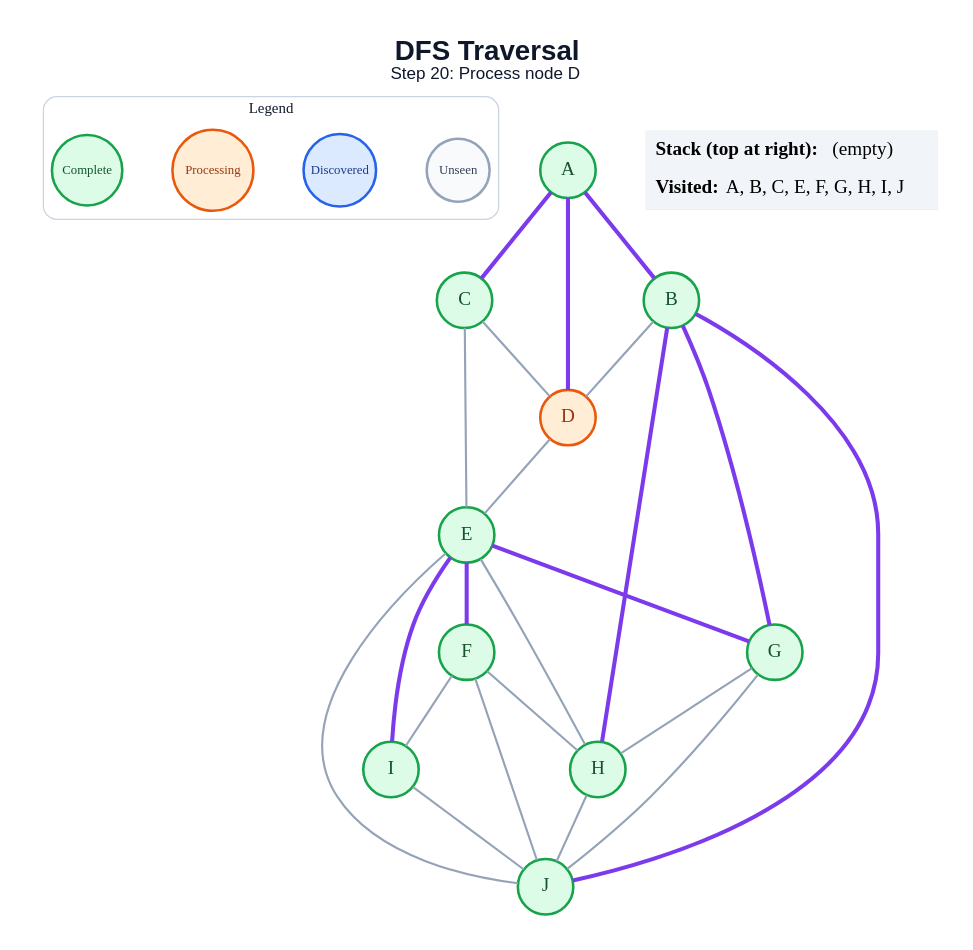
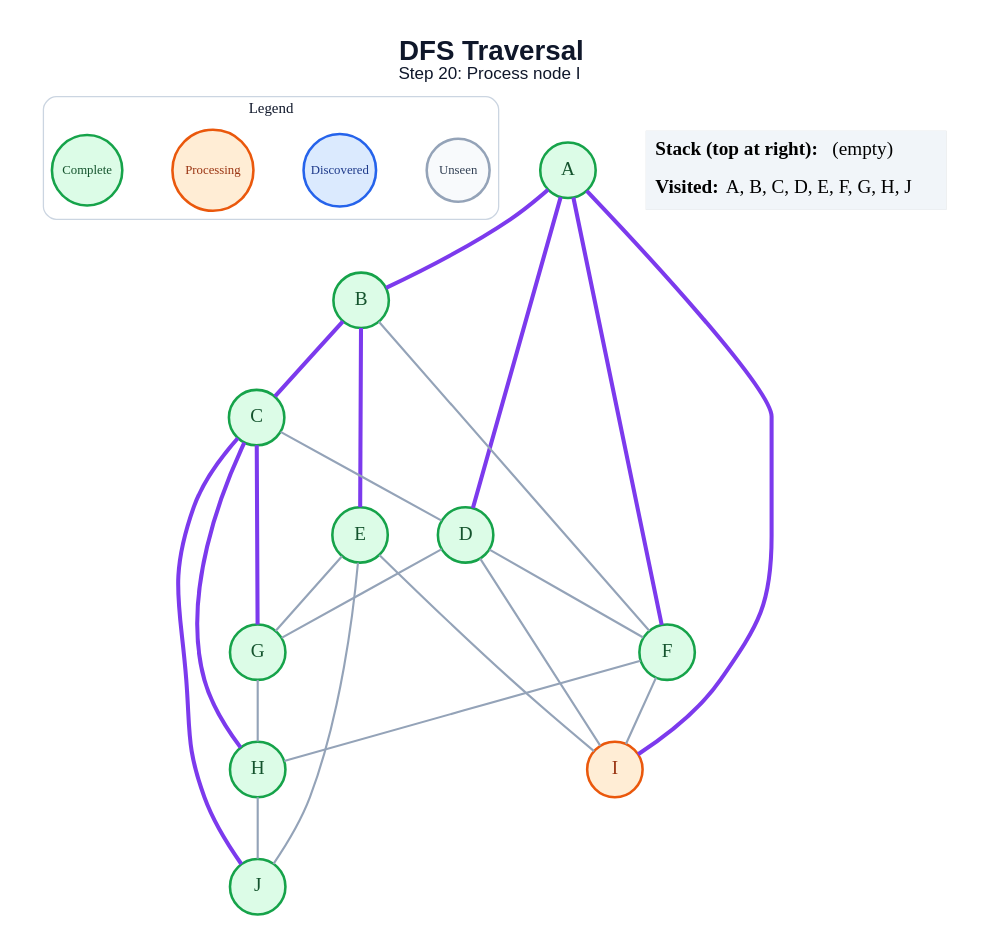
The diagram in generated/dfs/step_20.dot (amanghodawala9/ai-slop), drawn with Graphviz before and after one commit. The commit also changed 178 other files, not shown here.

```diff
--- a/generated/dfs/step_20.dot
+++ b/generated/dfs/step_20.dot
@@ -1,51 +1,50 @@
 graph traversal {
   graph [layout=dot, rankdir=TB, bgcolor="#FFFFFF", pad="0.35", nodesep="0.65", ranksep="0.8", fontname="Arial"];
   node [shape=circle, style="filled", fontname="Arial Bold", fontsize=18, width=0.72, fixedsize=true, penwidth=2.4];
   edge [color="#94A3B8", penwidth=2.0];
-  label=<<B>DFS Traversal</B><BR/><FONT POINT-SIZE="16">Step 20: Process node D</FONT>>; labelloc="t"; fontsize=26; fontname="Arial"; fontcolor="#0F172A";
+  label=<<B>DFS Traversal</B><BR/><FONT POINT-SIZE="16">Step 20: Process node I</FONT>>; labelloc="t"; fontsize=26; fontname="Arial"; fontcolor="#0F172A";
   subgraph cluster_legend { label="Legend"; color="#CBD5E1"; penwidth=1.2; style="rounded"; fontsize=14; fontname="Arial Bold";
     key_unseen [label="Unseen", fillcolor="#F8FAFC", color="#94A3B8", fontcolor="#334155", fontsize=12, width=0.82];
     key_frontier [label="Discovered", fillcolor="#DBEAFE", color="#2563EB", fontcolor="#1E3A8A", fontsize=12, width=0.95];
     key_current [label="Processing", fillcolor="#FFEDD5", color="#EA580C", fontcolor="#9A3412", fontsize=12, width=1.05];
     key_done [label="Complete", fillcolor="#DCFCE7", color="#16A34A", fontcolor="#14532D", fontsize=12, width=0.92];
     { rank=same; key_unseen; key_frontier; key_current; key_done; }
   }
   A [fillcolor="#DCFCE7", color="#16A34A", fontcolor="#14532D"];
   B [fillcolor="#DCFCE7", color="#16A34A", fontcolor="#14532D"];
   C [fillcolor="#DCFCE7", color="#16A34A", fontcolor="#14532D"];
-  D [fillcolor="#FFEDD5", color="#EA580C", fontcolor="#9A3412"];
+  D [fillcolor="#DCFCE7", color="#16A34A", fontcolor="#14532D"];
   E [fillcolor="#DCFCE7", color="#16A34A", fontcolor="#14532D"];
   F [fillcolor="#DCFCE7", color="#16A34A", fontcolor="#14532D"];
   G [fillcolor="#DCFCE7", color="#16A34A", fontcolor="#14532D"];
   H [fillcolor="#DCFCE7", color="#16A34A", fontcolor="#14532D"];
-  I [fillcolor="#DCFCE7", color="#16A34A", fontcolor="#14532D"];
+  I [fillcolor="#FFEDD5", color="#EA580C", fontcolor="#9A3412"];
   J [fillcolor="#DCFCE7", color="#16A34A", fontcolor="#14532D"];
   A -- B [color="#7C3AED", penwidth=3.8];
-  A -- C [color="#7C3AED", penwidth=3.8];
   A -- D [color="#7C3AED", penwidth=3.8];
-  B -- D;
-  B -- G [color="#7C3AED", penwidth=3.8];
-  B -- H [color="#7C3AED", penwidth=3.8];
-  B -- J [color="#7C3AED", penwidth=3.8];
+  A -- F [color="#7C3AED", penwidth=3.8];
+  A -- I [color="#7C3AED", penwidth=3.8];
+  B -- C [color="#7C3AED", penwidth=3.8];
+  B -- E [color="#7C3AED", penwidth=3.8];
+  B -- F;
   C -- D;
-  C -- E;
-  D -- E;
-  E -- F [color="#7C3AED", penwidth=3.8];
-  E -- G [color="#7C3AED", penwidth=3.8];
-  E -- H;
-  E -- I [color="#7C3AED", penwidth=3.8];
+  C -- G [color="#7C3AED", penwidth=3.8];
+  C -- H [color="#7C3AED", penwidth=3.8];
+  C -- J [color="#7C3AED", penwidth=3.8];
+  D -- F;
+  D -- G;
+  D -- I;
+  E -- G;
+  E -- I;
   E -- J;
   F -- H;
   F -- I;
-  F -- J;
   G -- H;
-  G -- J;
   H -- J;
-  I -- J;
   status [shape=plain, fixedsize=false, width=0, height=0, margin=0, label=<
     <TABLE BORDER="0" CELLBORDER="0" CELLPADDING="7" BGCOLOR="#F1F5F9">
       <TR><TD ALIGN="LEFT"><B>Stack (top at right):</B> (empty)</TD></TR>
-      <TR><TD ALIGN="LEFT"><B>Visited:</B> A, B, C, E, F, G, H, I, J</TD></TR>
+      <TR><TD ALIGN="LEFT"><B>Visited:</B> A, B, C, D, E, F, G, H, J</TD></TR>
     </TABLE>
   >];
 }
```
